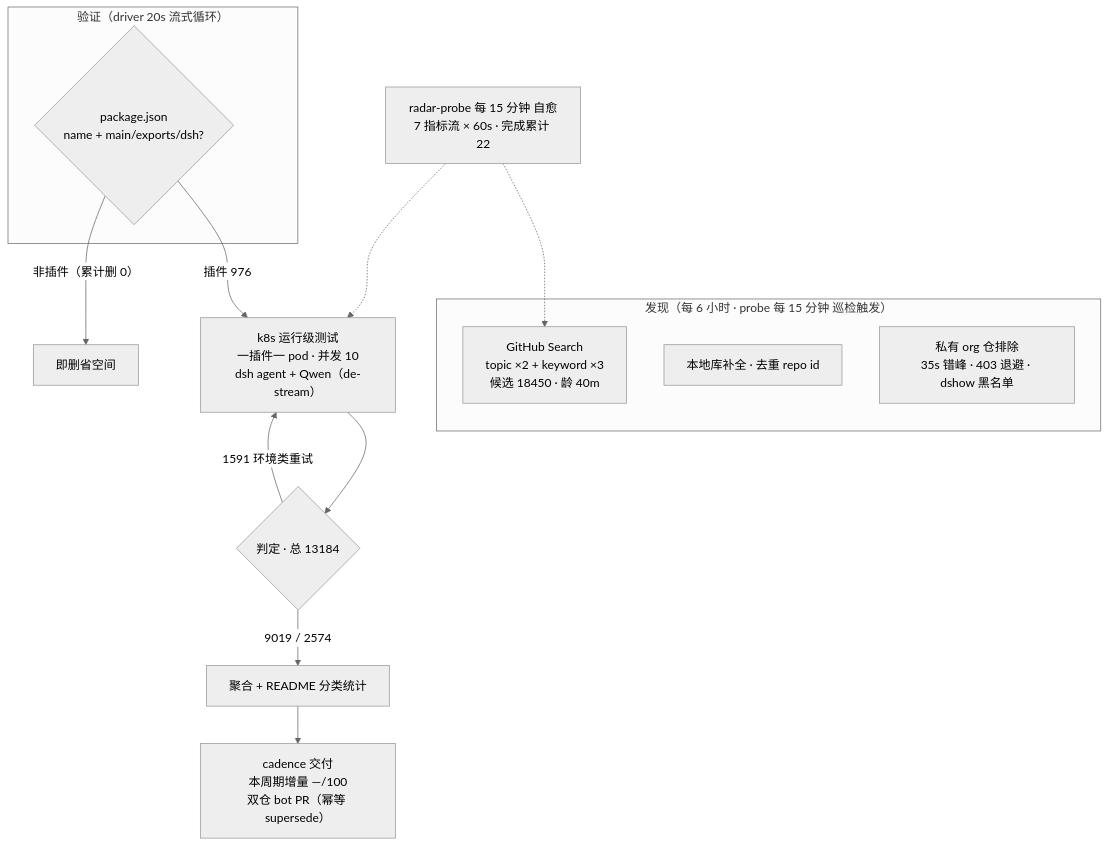
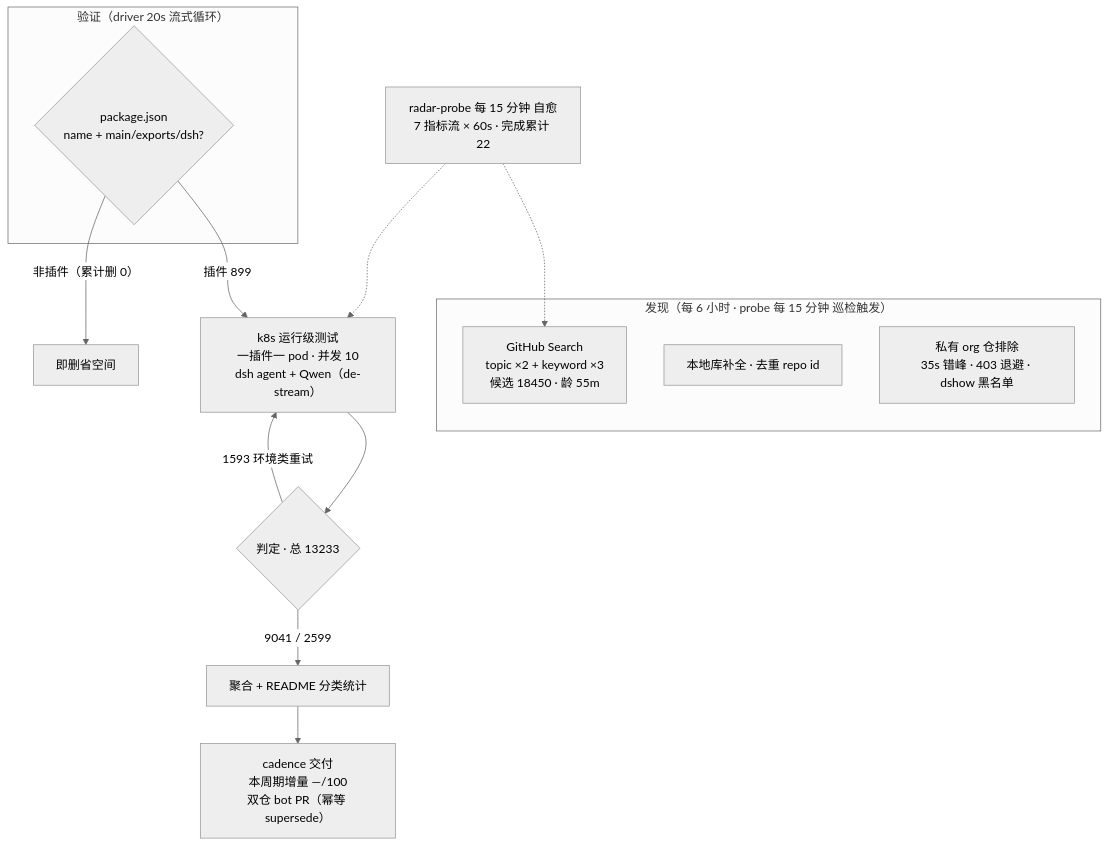
The diagram in README.md (AdamPlatin123/awesome-dsh-plugins), drawn with Mermaid (neutral theme) before and after one commit. The commit also changed other lines of this file and 13 other files, not shown here.

````diff
--- a/README.md
+++ b/README.md
@@ -52,20 +52,20 @@
 ```mermaid
 flowchart TB
     subgraph Discovery["发现（每 6 小时 · probe 每 15 分钟 巡检触发）"]
-        A1["GitHub Search<br/>topic ×2 + keyword ×3<br/>候选 18450 · 龄 40m"]
+        A1["GitHub Search<br/>topic ×2 + keyword ×3<br/>候选 18450 · 龄 55m"]
         A2["本地库补全 · 去重 repo id"]
         A3["私有 org 仓排除<br/>35s 错峰 · 403 退避 · dshow 黑名单"]
     end
     subgraph Validation["验证（driver 20s 流式循环）"]
         B1{"package.json<br/>name + main/exports/dsh?"}
     end
-    B1 -->|"插件 976"| C1["k8s 运行级测试<br/>一插件一 pod · 并发 10<br/>dsh agent + Qwen（de-stream）"]
+    B1 -->|"插件 899"| C1["k8s 运行级测试<br/>一插件一 pod · 并发 10<br/>dsh agent + Qwen（de-stream）"]
     B1 -->|"非插件（累计删 0）"| B3["即删省空间"]
-    C1 --> D1{"判定 · 总 13184"}
-    D1 -->|"9019 / 2574"| E1["聚合 + README 分类统计"]
-    D1 -->|"1591 环境类重试"| C1
+    C1 --> D1{"判定 · 总 13233"}
+    D1 -->|"9041 / 2599"| E1["聚合 + README 分类统计"]
+    D1 -->|"1593 环境类重试"| C1
     E1 --> E2["cadence 交付<br/>本周期增量 —/100<br/>双仓 bot PR（幂等 supersede）"]
     M["radar-probe 每 15 分钟 自愈<br/>7 指标流 × 60s · 完成累计 22"]
     M -.-> A1
     M -.-> C1
 ```
````
